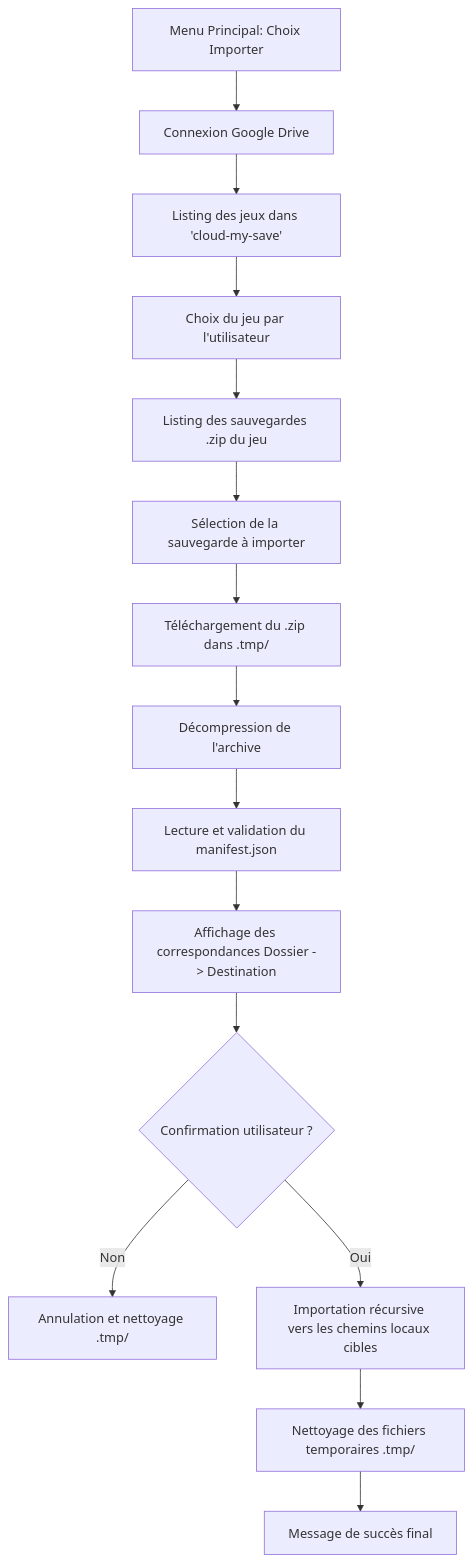
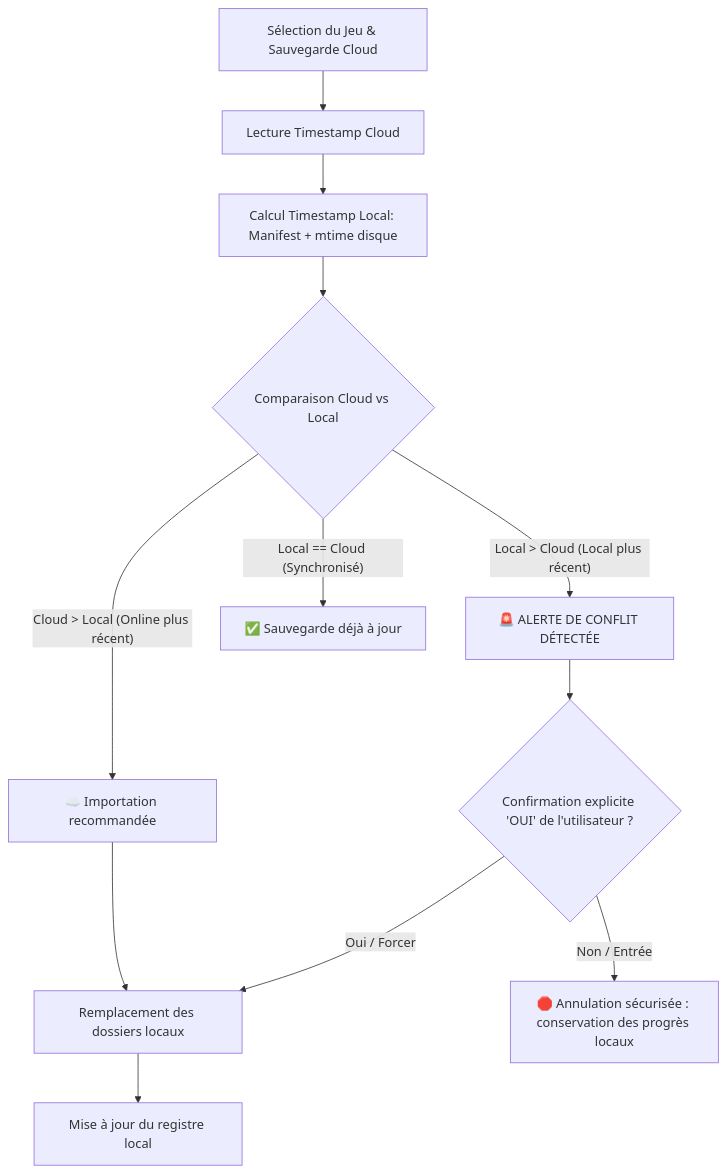
The diagram in explication.md (MaxenceLAURENCE/cloud-my-save), drawn with Mermaid before and after one commit. The commit also changed other lines of this file and 9 other files, not shown here.

First line of the commit message:
feat(versioning): resolution des conflits et comparateur local vs cloud

````diff
--- a/explication.md
+++ b/explication.md
@@ -259,17 +193,17 @@
 ```mermaid
 flowchart TD
-    A[Menu Principal: Choix Importer] --> B[Connexion Google Drive]
-    B --> C[Listing des jeux dans 'cloud-my-save']
-    C --> D[Choix du jeu par l'utilisateur]
-    D --> E[Listing des sauvegardes .zip du jeu]
-    E --> F[Sélection de la sauvegarde à importer]
-    F --> G[Téléchargement du .zip dans .tmp/]
-    G --> H[Décompression de l'archive]
-    H --> I[Lecture et validation du manifest.json]
-    I --> J[Affichage des correspondances Dossier -> Destination]
-    J --> K{Confirmation utilisateur ?}
-    K -- Non --> L[Annulation et nettoyage .tmp/]
-    K -- Oui --> M[Importation récursive vers les chemins locaux cibles]
-    M --> N[Nettoyage des fichiers temporaires .tmp/]
-    N --> O[Message de succès final]
+    A[Sélection du Jeu & Sauvegarde Cloud] --> B[Lecture Timestamp Cloud]
+    B --> C[Calcul Timestamp Local: Manifest + mtime disque]
+    C --> D{Comparaison Cloud vs Local}
+    
+    D -- "Cloud > Local (Online plus récent)" --> E[☁️ Importation recommandée]
+    E --> F[Remplacement des dossiers locaux]
+    F --> G[Mise à jour du registre local]
+
+    D -- "Local > Cloud (Local plus récent)" --> H[🚨 ALERTE DE CONFLIT DÉTECTÉE]
+    H --> I{Confirmation explicite 'OUI' de l'utilisateur ?}
+    I -- Non / Entrée --> J[🛑 Annulation sécurisée : conservation des progrès locaux]
+    I -- Oui / Forcer --> F
+
+    D -- "Local == Cloud (Synchronisé)" --> K[✅ Sauvegarde déjà à jour]
 ```
````
